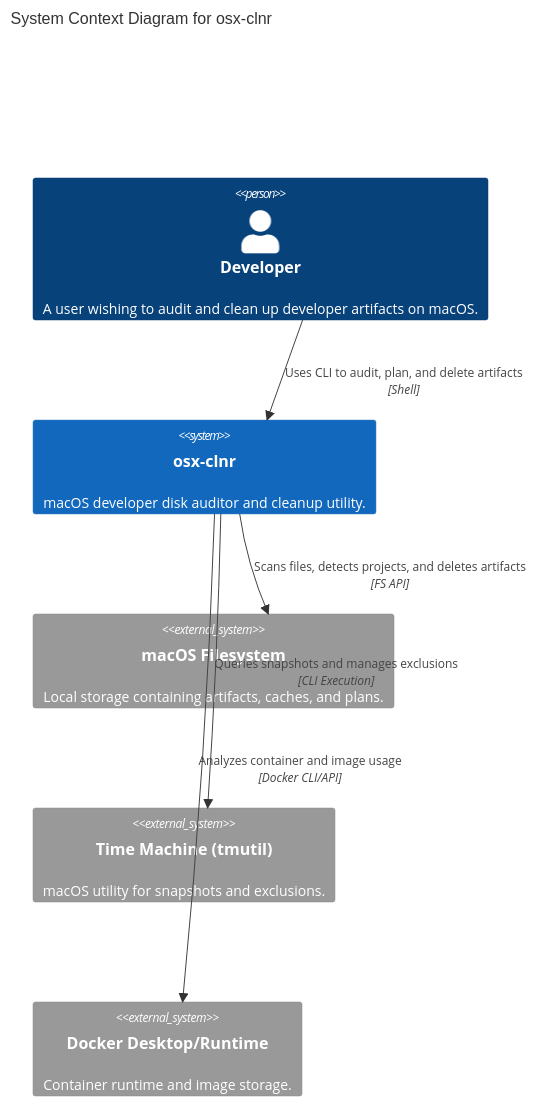
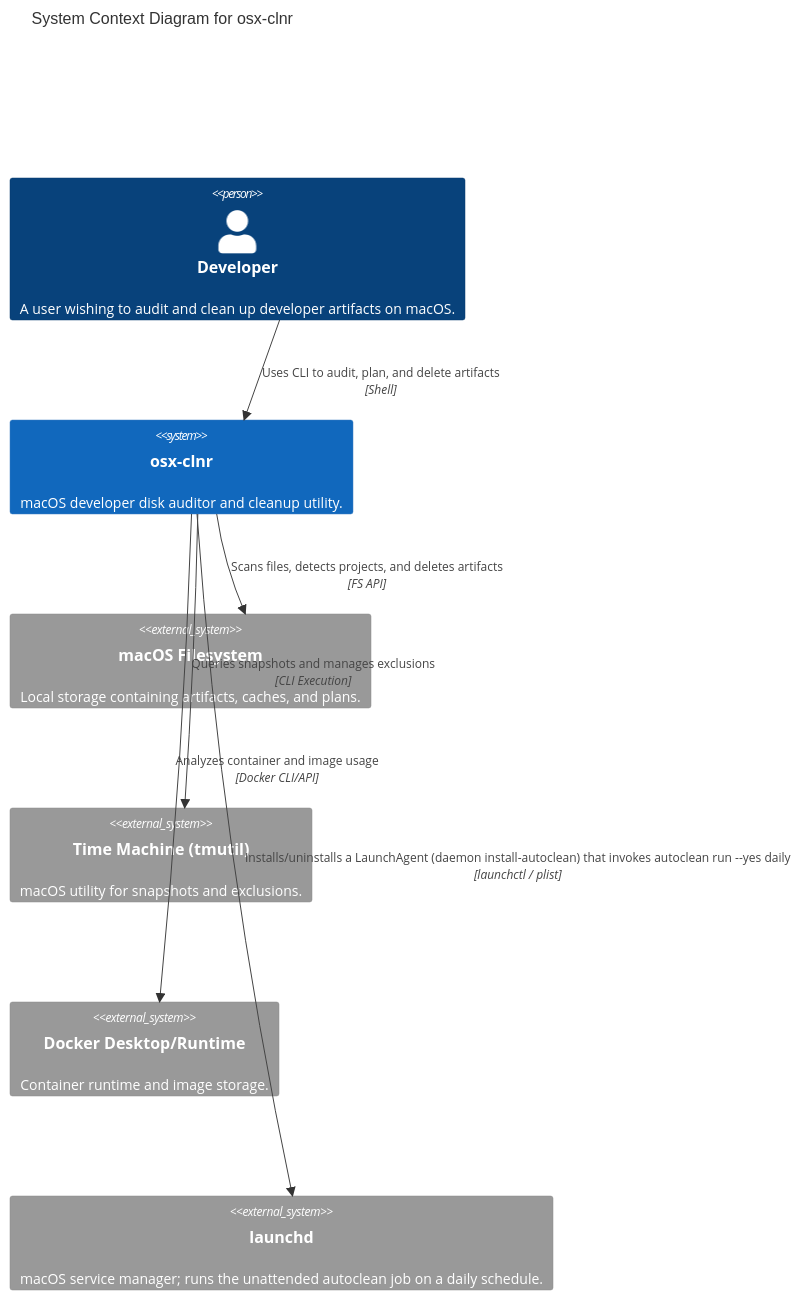
One commit to seanchatmangpt/mac-artifact-cleaner changed the first of 2 diagrams in docs/diagrams/C4_ARCHITECTURE.md. Above: the diagram before and after it, drawn with Mermaid. The commit also changed other lines of this file and 10 other files, not shown here.

````diff
--- a/docs/diagrams/C4_ARCHITECTURE.md
+++ b/docs/diagrams/C4_ARCHITECTURE.md
@@ -9,16 +9,18 @@
 ```mermaid
 C4Context
     title System Context Diagram for osx-clnr
 
     Person(developer, "Developer", "A user wishing to audit and clean up developer artifacts on macOS.")
     System(mac_artifact_cleaner, "osx-clnr", "macOS developer disk auditor and cleanup utility.")
 
     System_Ext(filesystem, "macOS Filesystem", "Local storage containing artifacts, caches, and plans.")
     System_Ext(tmutil, "Time Machine (tmutil)", "macOS utility for snapshots and exclusions.")
     System_Ext(docker, "Docker Desktop/Runtime", "Container runtime and image storage.")
+    System_Ext(launchd, "launchd", "macOS service manager; runs the unattended autoclean job on a daily schedule.")
 
     Rel(developer, mac_artifact_cleaner, "Uses CLI to audit, plan, and delete artifacts", "Shell")
     Rel(mac_artifact_cleaner, filesystem, "Scans files, detects projects, and deletes artifacts", "FS API")
     Rel(mac_artifact_cleaner, tmutil, "Queries snapshots and manages exclusions", "CLI Execution")
     Rel(mac_artifact_cleaner, docker, "Analyzes container and image usage", "Docker CLI/API")
+    Rel(mac_artifact_cleaner, launchd, "Installs/uninstalls a LaunchAgent (daemon install-autoclean) that invokes autoclean run --yes daily", "launchctl / plist")
 ```
````
